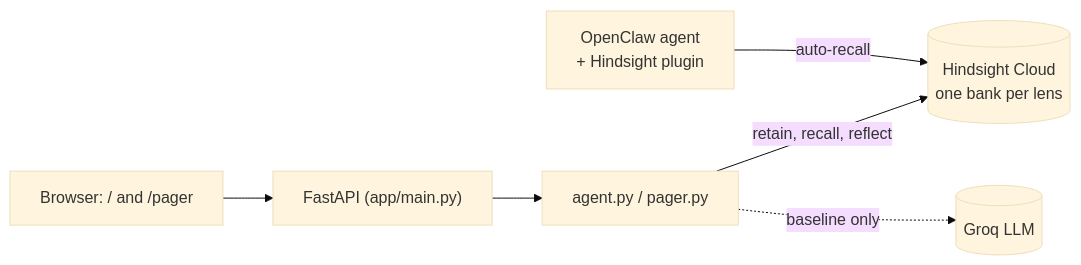
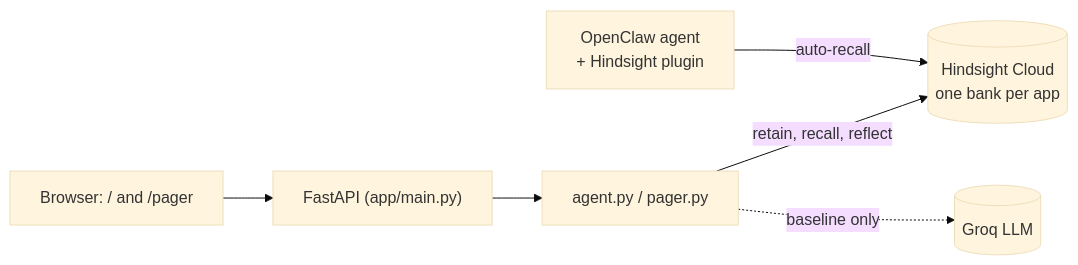
Before and after one commit to Ipsita-Mondal-30/Acorn-Hindsight: the diagram in README.md, drawn with Mermaid (base theme). The commit also changed other lines of this file, not shown here.

First line of the commit message:
README: clearer orientation, define Hindsight and bank, worked example, limits up front

````diff
--- a/README.md
+++ b/README.md
@@ -52,8 +85,8 @@
 ```mermaid
 flowchart LR
   UI["Browser: / and /pager"] --> API["FastAPI (app/main.py)"]
   API --> AG["agent.py / pager.py"]
-  AG -->|"retain, recall, reflect"| HS[("Hindsight Cloud<br/>one bank per lens")]
+  AG -->|"retain, recall, reflect"| HS[("Hindsight Cloud<br/>one bank per app")]
   AG -.->|"baseline only"| GQ[("Groq LLM")]
   OC["OpenClaw agent<br/>+ Hindsight plugin"] -->|"auto-recall"| HS
 ```
````
